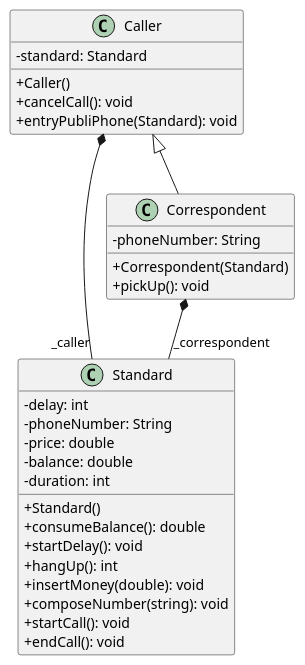
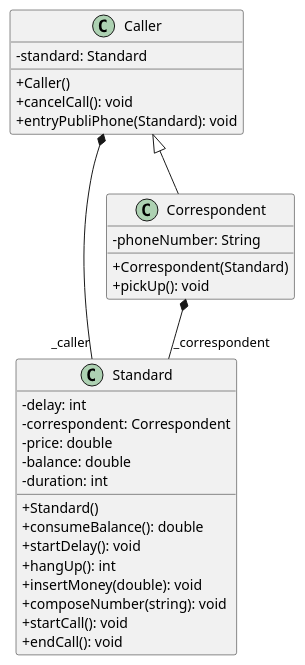
Before and after one commit to lpodev/publiphone: the diagram in Class_Diagram.plantuml, drawn with PlantUML.

Commit message:
correct attribut phoneNumber of Standart

```diff
--- a/Class_Diagram.plantuml
+++ b/Class_Diagram.plantuml
@@ -1,41 +1,41 @@
 @startuml shopping
 skinparam classAttributeIconSize 0
 
 
 class Standard {
     - delay: int
-    - phoneNumber: String 
+    - correspondent: Correspondent 
     - price: double
     - balance: double
     - duration: int
     
     + Standard()
     + consumeBalance(): double
     + startDelay(): void
     + hangUp(): int
     + insertMoney(double): void
     + composeNumber(string): void
     + startCall(): void
     + endCall(): void
 }
 
 class Caller {
     - standard: Standard
 
     + Caller()
     + cancelCall(): void
     + entryPubliPhone(Standard): void
 }
 
 class Correspondent {
     - phoneNumber: String 
 
     + Correspondent(Standard)
     + pickUp(): void
 }
 
 Caller *--  "_caller" Standard
 Correspondent *-- "_correspondent" Standard
 Caller <|-- Correspondent
 
 @enduml
```
